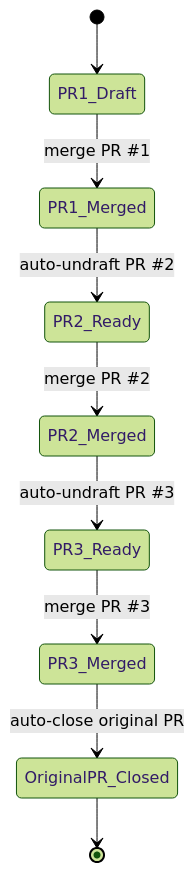
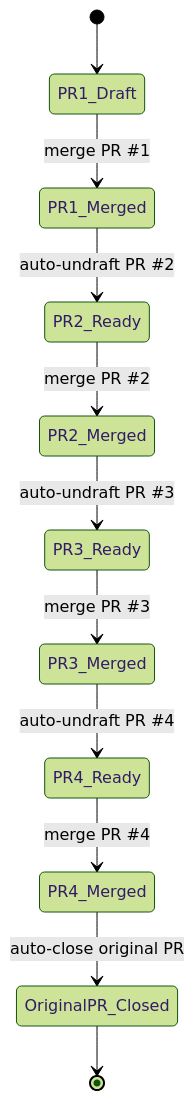
The second of 2 diagrams in README.md (kMJT000/prsplit), drawn with Mermaid (forest theme) before and after one commit. The commit also changed other lines of this file, not shown here.

````diff
--- a/README.md
+++ b/README.md
@@ -121,11 +165,13 @@
 ```mermaid
 stateDiagram-v2
   [*] --> PR1_Draft
   PR1_Draft --> PR1_Merged: merge PR #1
   PR1_Merged --> PR2_Ready: auto-undraft PR #2
   PR2_Ready --> PR2_Merged: merge PR #2
   PR2_Merged --> PR3_Ready: auto-undraft PR #3
   PR3_Ready --> PR3_Merged: merge PR #3
-  PR3_Merged --> OriginalPR_Closed: auto-close original PR
+  PR3_Merged --> PR4_Ready: auto-undraft PR #4
+  PR4_Ready --> PR4_Merged: merge PR #4
+  PR4_Merged --> OriginalPR_Closed: auto-close original PR
   OriginalPR_Closed --> [*]
 ```
````
